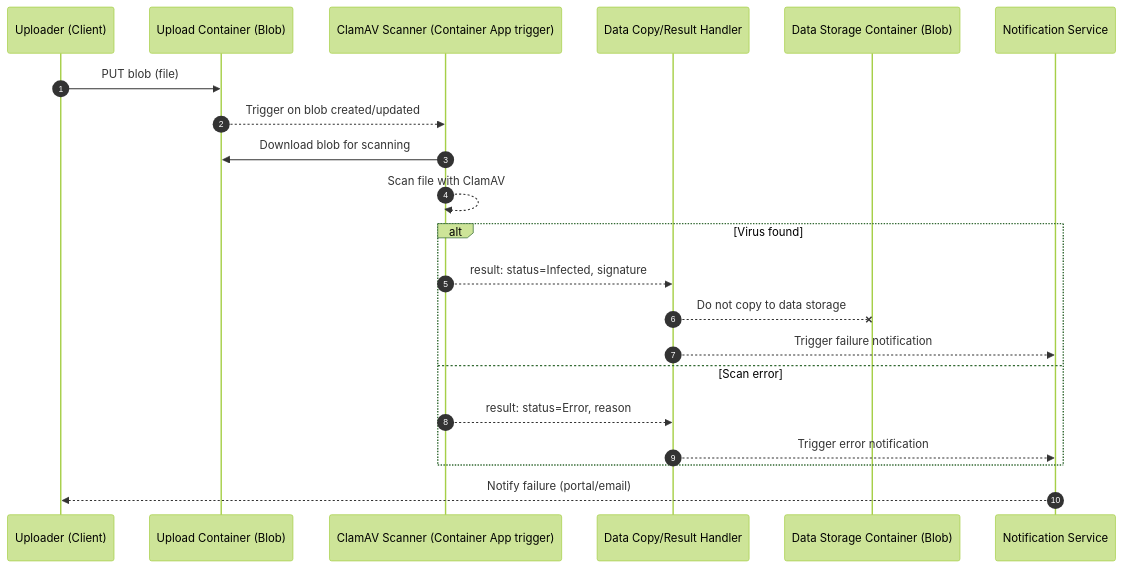
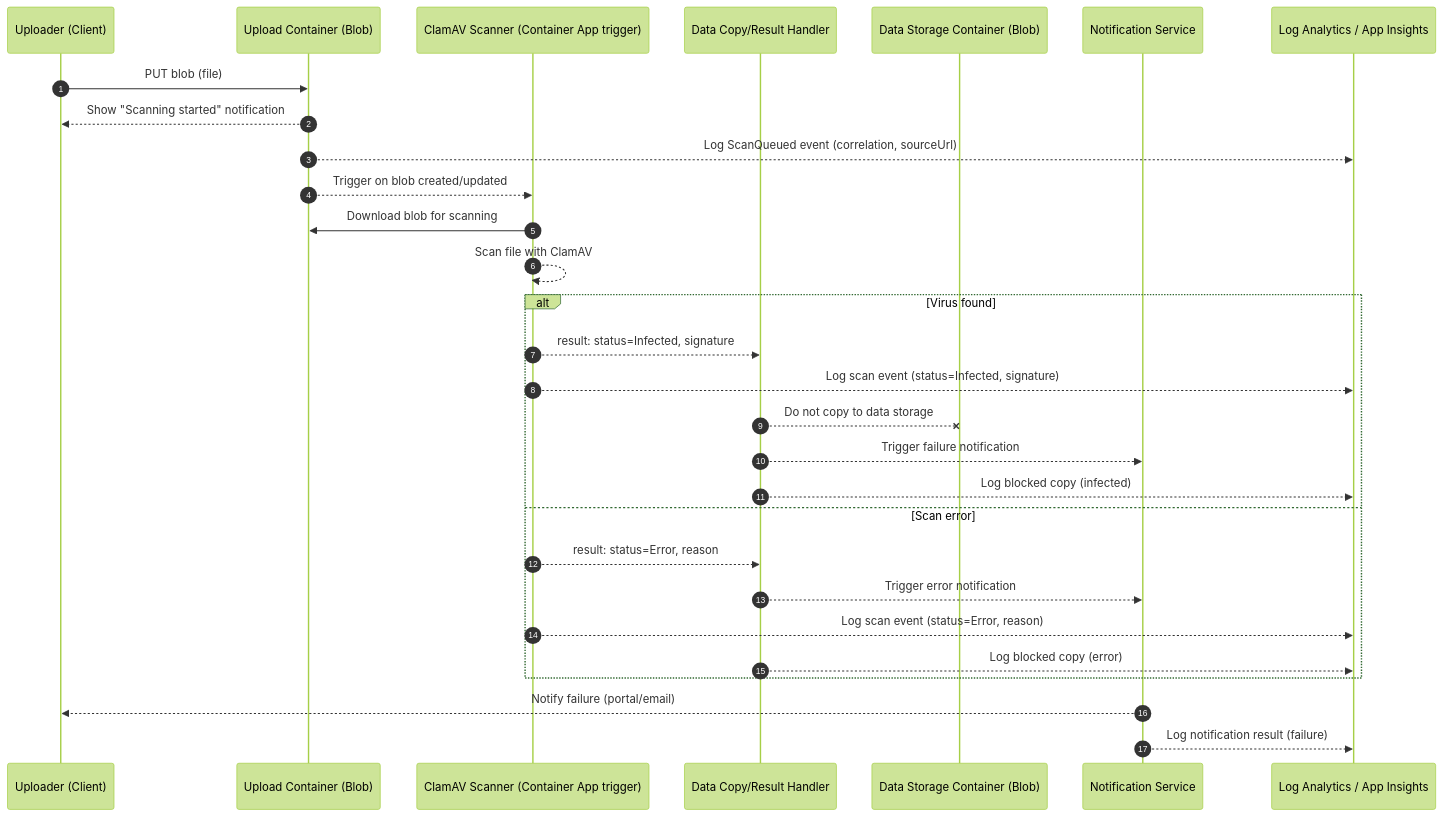
Before and after one commit to ssc-sp/datahub-docs: the second of 2 diagrams in DeveloperGuide/ClamAV/clamav-container.md, drawn with Mermaid (forest theme). The commit also changed other lines of this file and 2 other files, not shown here.

````diff
--- a/DeveloperGuide/ClamAV/clamav-container.md
+++ b/DeveloperGuide/ClamAV/clamav-container.md
@@ -56,24 +63,32 @@
 ```mermaid
 sequenceDiagram
 autonumber
 participant U as Uploader (Client)
 participant UC as Upload Container (Blob)
 participant AV as ClamAV Scanner (Container App trigger)
 participant CF as Data Copy/Result Handler
 participant DC as Data Storage Container (Blob)
 participant N as Notification Service
+participant L as Log Analytics / App Insights
 
 U->>UC: PUT blob (file)
+UC-->>U: Show "Scanning started" notification
+UC-->>L: Log ScanQueued event (correlation, sourceUrl)
 UC-->>AV: Trigger on blob created/updated
 AV->>UC: Download blob for scanning
 AV-->>AV: Scan file with ClamAV
 alt Virus found
   AV-->>CF: result: status=Infected, signature
+  AV-->>L: Log scan event (status=Infected, signature)
   CF--x DC: Do not copy to data storage
   CF-->>N: Trigger failure notification
+  CF-->>L: Log blocked copy (infected)
 else Scan error
   AV-->>CF: result: status=Error, reason
   CF-->>N: Trigger error notification
+  AV-->>L: Log scan event (status=Error, reason)
+  CF-->>L: Log blocked copy (error)
 end
 N-->>U: Notify failure (portal/email)
+N-->>L: Log notification result (failure)
 ```
````
